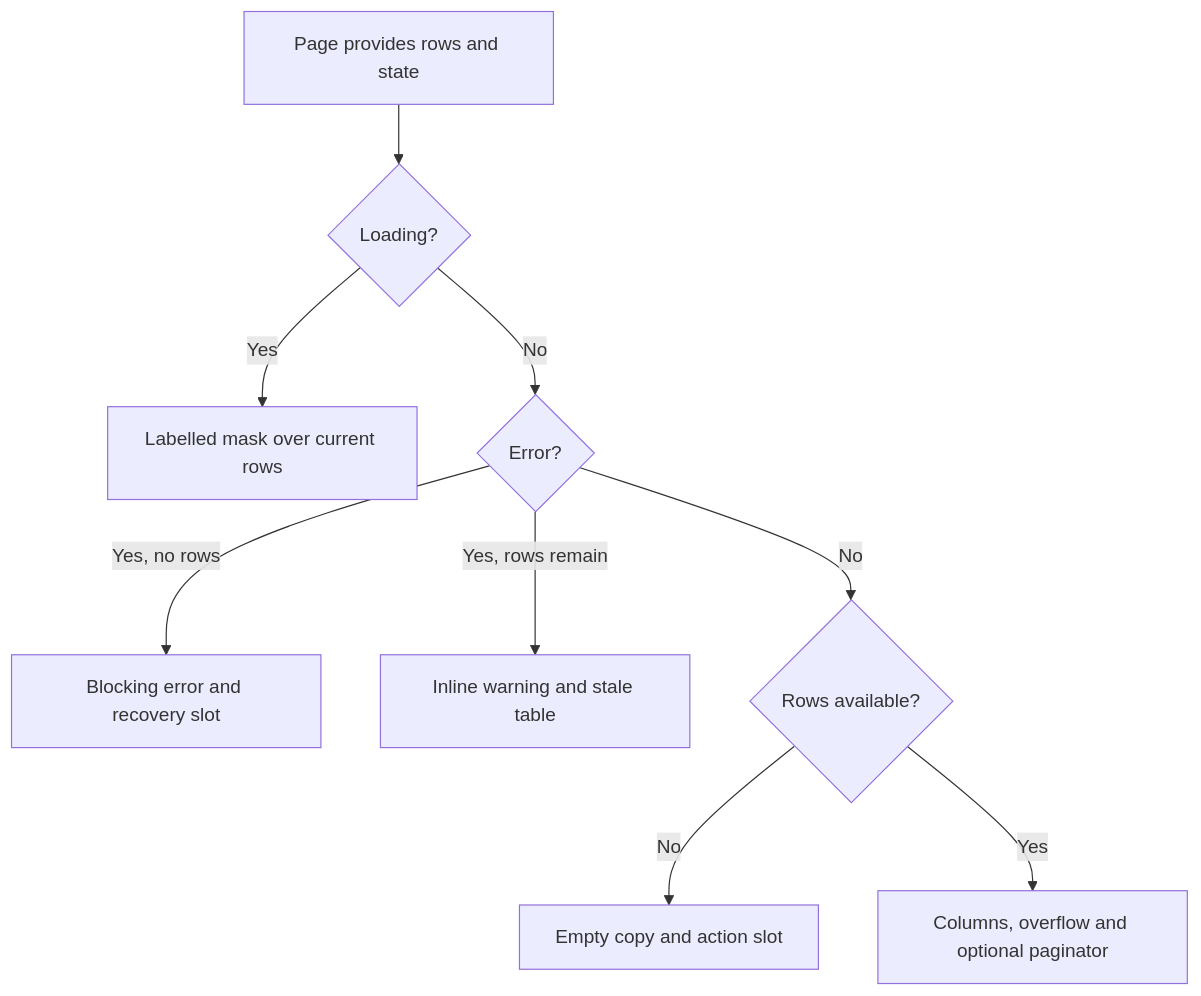
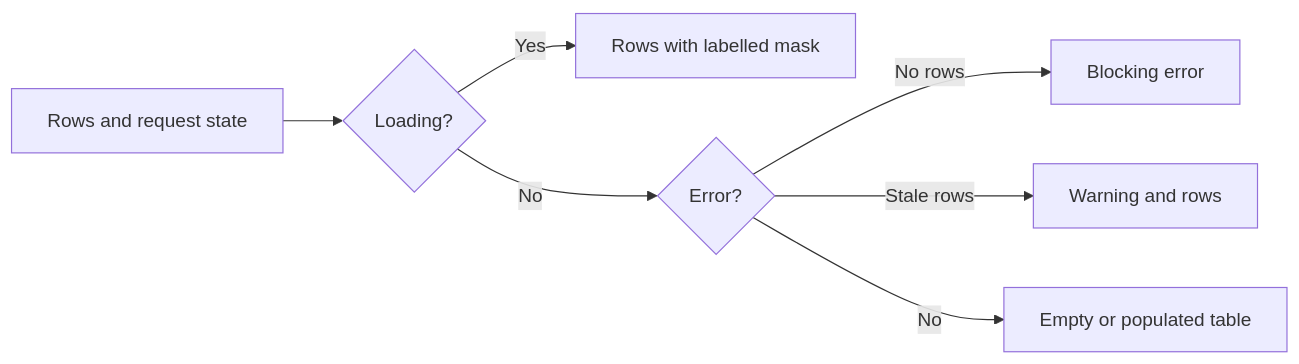
Before and after one commit to johnakisk0700/slopform: the diagram in docs/frontend/components/jts-data-table.md, drawn with Mermaid. The commit also changed other lines of this file and 116 other files, not shown here.

Commit message:
refactor: complete foundation architecture audit

````diff
--- a/docs/frontend/components/jts-data-table.md
+++ b/docs/frontend/components/jts-data-table.md
@@ -33,11 +21,9 @@
 ```mermaid
-flowchart TD
-  Input["Page provides rows and state"] --> Loading{"Loading?"}
-  Loading -->|Yes| Mask["Labelled mask over current rows"]
+flowchart LR
+  State["Rows and request state"] --> Loading{"Loading?"}
+  Loading -->|Yes| Mask["Rows with labelled mask"]
   Loading -->|No| Error{"Error?"}
-  Error -->|Yes, no rows| Block["Blocking error and recovery slot"]
-  Error -->|Yes, rows remain| Stale["Inline warning and stale table"]
-  Error -->|No| Rows{"Rows available?"}
-  Rows -->|No| Empty["Empty copy and action slot"]
-  Rows -->|Yes| Ready["Columns, overflow and optional paginator"]
+  Error -->|No rows| Block["Blocking error"]
+  Error -->|Stale rows| Warn["Warning and rows"]
+  Error -->|No| Ready["Empty or populated table"]
 ```
````
